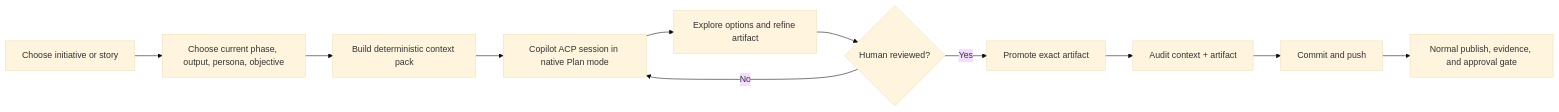
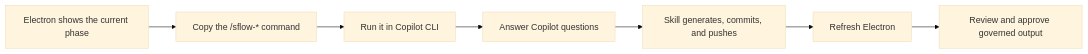
The diagram in COPILOT-STUDIO.md (ashokraj2011/singularityflow), drawn with Mermaid (base theme) before and after one commit. The commit also changed other lines of this file and 11 other files, not shown here.

Commit message:
Delegate desktop authoring to Copilot CLI

````diff
--- a/COPILOT-STUDIO.md
+++ b/COPILOT-STUDIO.md
@@ -7,13 +11,9 @@
 ```mermaid
 flowchart LR
-    U["Choose initiative or story"] --> P["Choose current phase, output, persona, objective"]
-    P --> C["Build deterministic context pack"]
-    C --> A["Copilot ACP session in native Plan mode"]
-    A --> R["Explore options and refine artifact"]
-    R --> H{"Human reviewed?"}
-    H -- "No" --> A
-    H -- "Yes" --> G["Promote exact artifact"]
-    G --> K["Audit context + artifact"]
-    K --> M["Commit and push"]
-    M --> N["Normal publish, evidence, and approval gate"]
+    D["Electron shows the current phase"] --> C["Copy the /sflow-* command"]
+    C --> P["Run it in Copilot CLI"]
+    P --> Q["Answer Copilot questions"]
+    Q --> G["Skill generates, commits, and pushes"]
+    G --> R["Refresh Electron"]
+    R --> A["Review and approve governed output"]
 ```
````
